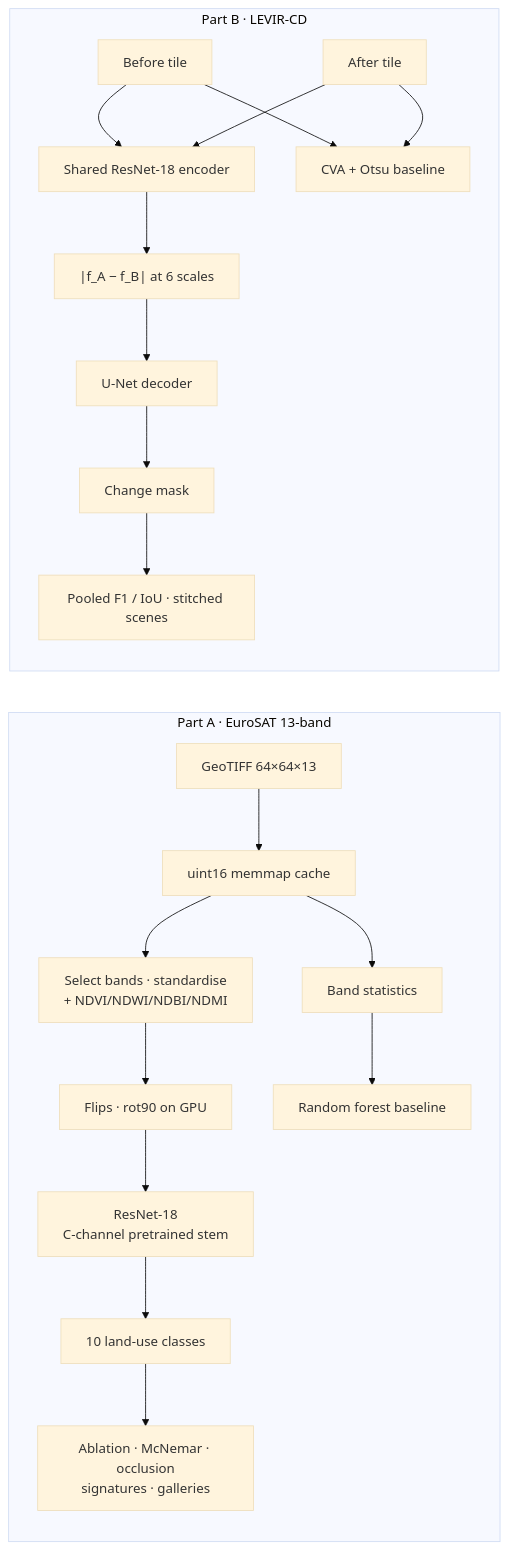
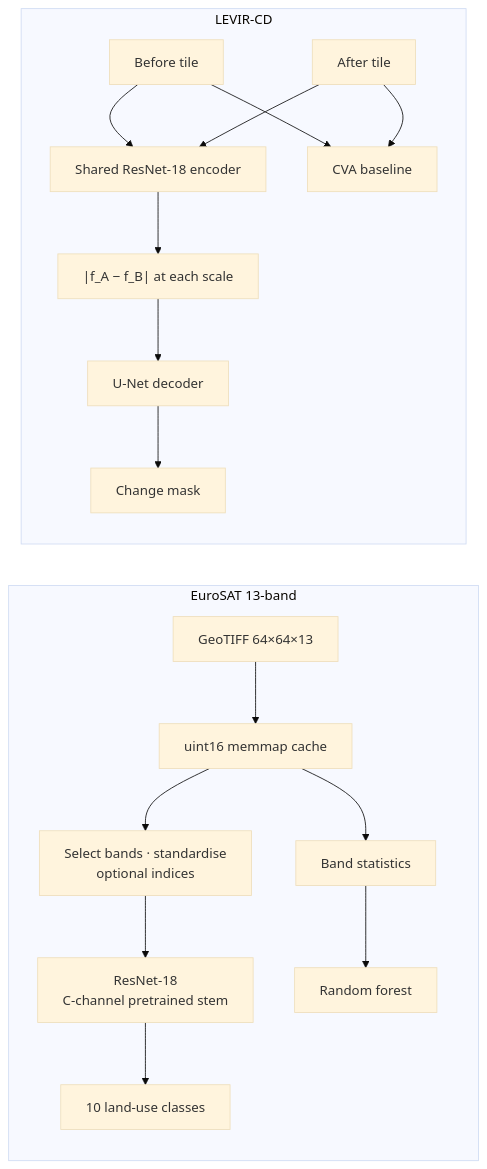
Before and after one commit to haroonkhan02/satellite-landuse-multispectral: the diagram in README.md, drawn with Mermaid (base theme). The commit also changed other lines of this file, not shown here.

````diff
--- a/README.md
+++ b/README.md
@@ -98,20 +68,17 @@
 ```mermaid
 flowchart LR
-    subgraph A[Part A · EuroSAT 13-band]
+    subgraph A[EuroSAT 13-band]
         A1[GeoTIFF 64×64×13] --> A2[uint16 memmap cache]
-        A2 --> A3[Select bands · standardise<br/>+ NDVI/NDWI/NDBI/NDMI]
-        A3 --> A4[Flips · rot90 on GPU]
-        A4 --> A5[ResNet-18<br/>C-channel pretrained stem]
-        A5 --> A6[10 land-use classes]
-        A6 --> A7[Ablation · McNemar · occlusion<br/>signatures · galleries]
-        A2 --> A8[Band statistics] --> A9[Random forest baseline]
+        A2 --> A3[Select bands · standardise<br/>optional indices]
+        A3 --> A4[ResNet-18<br/>C-channel pretrained stem]
+        A4 --> A5[10 land-use classes]
+        A2 --> A6[Band statistics] --> A7[Random forest]
     end
-    subgraph B[Part B · LEVIR-CD]
+    subgraph B[LEVIR-CD]
         B1[Before tile] --> B3[Shared ResNet-18 encoder]
         B2[After tile] --> B3
-        B3 --> B4["|f_A − f_B| at 6 scales"]
+        B3 --> B4["|f_A − f_B| at each scale"]
         B4 --> B5[U-Net decoder] --> B6[Change mask]
-        B1 & B2 --> B7[CVA + Otsu baseline]
-        B6 --> B8[Pooled F1 / IoU · stitched scenes]
+        B1 & B2 --> B7[CVA baseline]
     end
 ```
````
